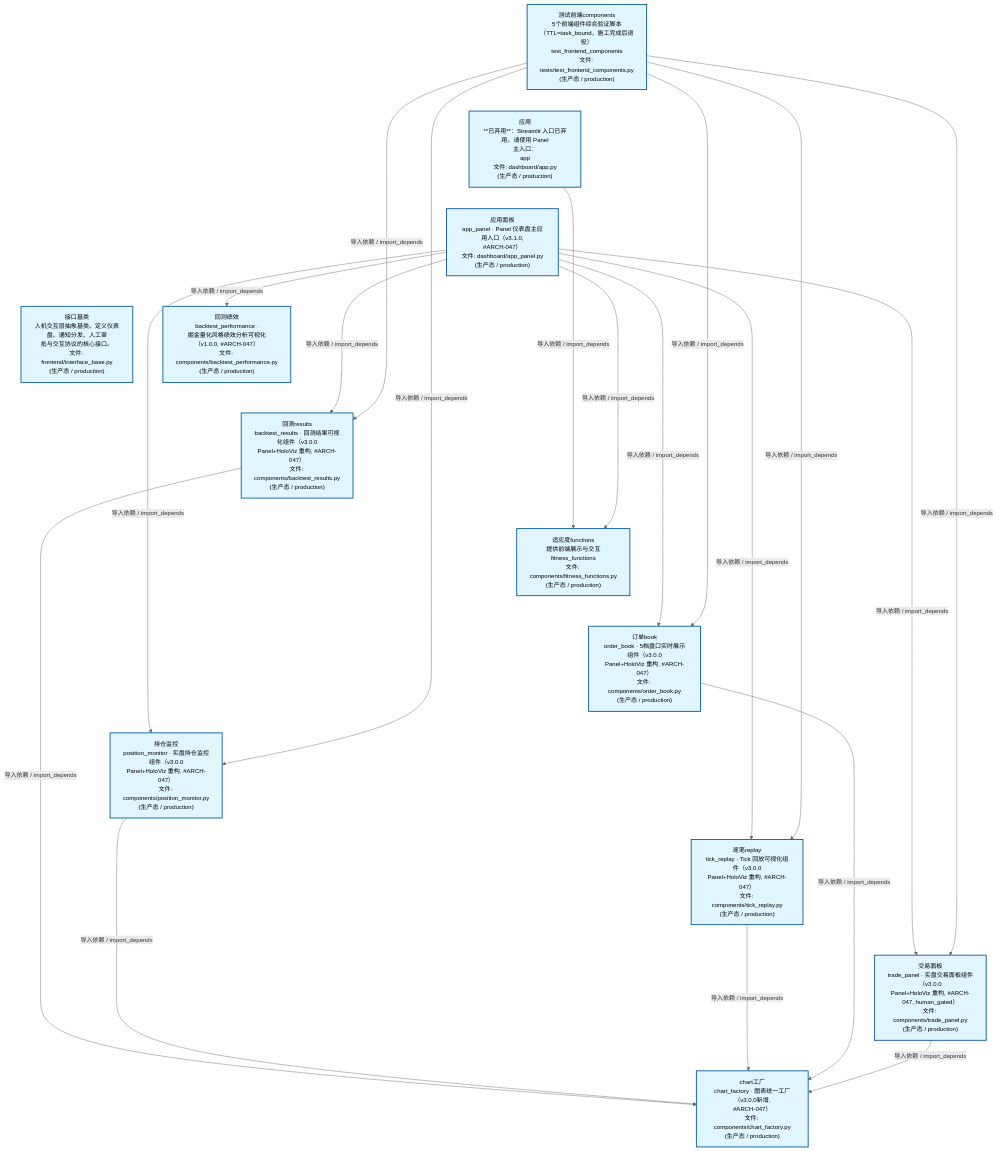
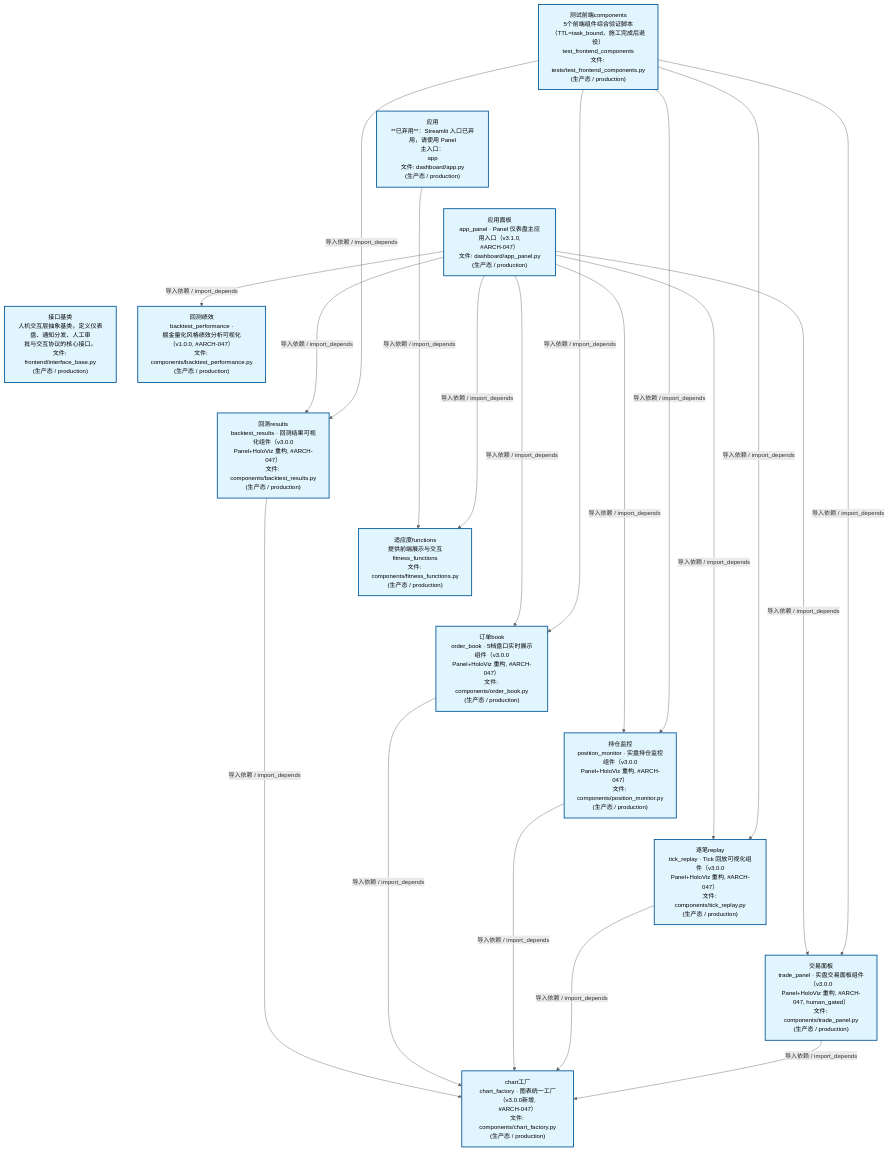
One commit to xuanFelixVan/ZephyrAlpha changed the second of 4 diagrams in docs/02_enterprise_architecture/02_domain_architecture_docs/47_d_frontend.md. Above: the diagram before and after it, drawn with Mermaid. The commit also changed other lines of this file and 186 other files, not shown here.

````diff
--- a/docs/02_enterprise_architecture/02_domain_architecture_docs/47_d_frontend.md
+++ b/docs/02_enterprise_architecture/02_domain_architecture_docs/47_d_frontend.md
@@ -124,48 +124,48 @@
 ```mermaid
 %%{init: {'theme': 'base', 'themeVariables': {'primaryColor': '#eaeaea', 'primaryTextColor': '#333333', 'primaryBorderColor': '#666666', 'lineColor': '#666666', 'secondaryColor': '#eaeaea', 'tertiaryColor': '#eaeaea', 'fontSize': '14px'}}}%%
 flowchart TD
     scripts_tests_test_frontend_components_py["测试前端components<br/>5个前端组件综合验证脚本<br/>（TTL=task_bound，施工完成后退役）<br/>test_frontend_components<br/>文件: tests/test_frontend_components.py<br/>(生产态 / production)"]
     src_zephyr_frontend_dashboard_app_py["应用<br/>**已弃用**：Streamlit 入口已弃用，请使用 Panel<br/>主入口：<br/>app<br/>文件: dashboard/app.py<br/>(生产态 / production)"]
     src_zephyr_frontend_dashboard_app_panel_py["应用面板<br/>app_panel · Panel 仪表盘主应用入口（v3.1.0,<br/>#ARCH-047）<br/>文件: dashboard/app_panel.py<br/>(生产态 / production)"]
     src_zephyr_frontend_interface_base_py["接口基类<br/>人机交互层抽象基类。定义仪表盘、通知分发、人工审<br/>批与交互协议的核心接口。<br/>文件: frontend/interface_base.py<br/>(生产态 / production)"]
     scripts_tests_test_frontend_components_py ~~~ src_zephyr_frontend_dashboard_app_py
     src_zephyr_frontend_dashboard_app_py ~~~ src_zephyr_frontend_dashboard_app_panel_py
     src_zephyr_frontend_dashboard_app_panel_py ~~~ src_zephyr_frontend_interface_base_py
     src_zephyr_frontend_dashboard_components_backtest_performance_py["回测绩效<br/>backtest_performance ·<br/>掘金量化风格绩效分析可视化（v1.0.0, #ARCH-047）<br/>文件: components/backtest_performance.py<br/>(生产态 / production)"]
     src_zephyr_frontend_dashboard_components_backtest_results_py["回测results<br/>backtest_results · 回测结果可视化组件（v3.0.0<br/>Panel+HoloViz 重构, #ARCH-047）<br/>文件: components/backtest_results.py<br/>(生产态 / production)"]
     src_zephyr_frontend_dashboard_components_fitness_functions_py["适应度functions<br/>提供前端展示与交互<br/>fitness_functions<br/>文件: components/fitness_functions.py<br/>(生产态 / production)"]
     src_zephyr_frontend_dashboard_components_order_book_py["订单book<br/>order_book · 5档盘口实时展示组件（v3.0.0<br/>Panel+HoloViz 重构, #ARCH-047）<br/>文件: components/order_book.py<br/>(生产态 / production)"]
     src_zephyr_frontend_dashboard_components_position_monitor_py["持仓监控<br/>position_monitor · 实盘持仓监控组件（v3.0.0<br/>Panel+HoloViz 重构, #ARCH-047）<br/>文件: components/position_monitor.py<br/>(生产态 / production)"]
     src_zephyr_frontend_dashboard_components_tick_replay_py["逐笔replay<br/>tick_replay · Tick 回放可视化组件（v3.0.0<br/>Panel+HoloViz 重构, #ARCH-047）<br/>文件: components/tick_replay.py<br/>(生产态 / production)"]
     src_zephyr_frontend_dashboard_components_trade_panel_py["交易面板<br/>trade_panel · 实盘交易面板组件（v3.0.0<br/>Panel+HoloViz 重构, #ARCH-047, human_gated）<br/>文件: components/trade_panel.py<br/>(生产态 / production)"]
     src_zephyr_frontend_dashboard_components_backtest_performance_py ~~~ src_zephyr_frontend_dashboard_components_backtest_results_py
     src_zephyr_frontend_dashboard_components_backtest_results_py ~~~ src_zephyr_frontend_dashboard_components_fitness_functions_py
     src_zephyr_frontend_dashboard_components_fitness_functions_py ~~~ src_zephyr_frontend_dashboard_components_order_book_py
     src_zephyr_frontend_dashboard_components_order_book_py ~~~ src_zephyr_frontend_dashboard_components_position_monitor_py
     src_zephyr_frontend_dashboard_components_position_monitor_py ~~~ src_zephyr_frontend_dashboard_components_tick_replay_py
     src_zephyr_frontend_dashboard_components_tick_replay_py ~~~ src_zephyr_frontend_dashboard_components_trade_panel_py
     src_zephyr_frontend_dashboard_components_chart_factory_py["chart工厂<br/>chart_factory · 图表统一工厂（v3.0.0新增,<br/>#ARCH-047）<br/>文件: components/chart_factory.py<br/>(生产态 / production)"]
     src_zephyr_frontend_dashboard_app_py -->|导入依赖 / import_depends| src_zephyr_frontend_dashboard_components_fitness_functions_py
     src_zephyr_frontend_dashboard_app_panel_py -->|导入依赖 / import_depends| src_zephyr_frontend_dashboard_components_backtest_performance_py
     src_zephyr_frontend_dashboard_app_panel_py -->|导入依赖 / import_depends| src_zephyr_frontend_dashboard_components_fitness_functions_py
     src_zephyr_frontend_dashboard_app_panel_py -->|导入依赖 / import_depends| src_zephyr_frontend_dashboard_components_backtest_results_py
+    src_zephyr_frontend_dashboard_app_panel_py -->|导入依赖 / import_depends| src_zephyr_frontend_dashboard_components_order_book_py
     src_zephyr_frontend_dashboard_app_panel_py -->|导入依赖 / import_depends| src_zephyr_frontend_dashboard_components_position_monitor_py
     src_zephyr_frontend_dashboard_app_panel_py -->|导入依赖 / import_depends| src_zephyr_frontend_dashboard_components_tick_replay_py
-    src_zephyr_frontend_dashboard_app_panel_py -->|导入依赖 / import_depends| src_zephyr_frontend_dashboard_components_order_book_py
     src_zephyr_frontend_dashboard_app_panel_py -->|导入依赖 / import_depends| src_zephyr_frontend_dashboard_components_trade_panel_py
     src_zephyr_frontend_dashboard_components_backtest_results_py -->|导入依赖 / import_depends| src_zephyr_frontend_dashboard_components_chart_factory_py
+    src_zephyr_frontend_dashboard_components_order_book_py -->|导入依赖 / import_depends| src_zephyr_frontend_dashboard_components_chart_factory_py
     src_zephyr_frontend_dashboard_components_position_monitor_py -->|导入依赖 / import_depends| src_zephyr_frontend_dashboard_components_chart_factory_py
     src_zephyr_frontend_dashboard_components_tick_replay_py -->|导入依赖 / import_depends| src_zephyr_frontend_dashboard_components_chart_factory_py
-    src_zephyr_frontend_dashboard_components_order_book_py -->|导入依赖 / import_depends| src_zephyr_frontend_dashboard_components_chart_factory_py
     src_zephyr_frontend_dashboard_components_trade_panel_py -->|导入依赖 / import_depends| src_zephyr_frontend_dashboard_components_chart_factory_py
     scripts_tests_test_frontend_components_py -->|导入依赖 / import_depends| src_zephyr_frontend_dashboard_components_backtest_results_py
+    scripts_tests_test_frontend_components_py -->|导入依赖 / import_depends| src_zephyr_frontend_dashboard_components_order_book_py
     scripts_tests_test_frontend_components_py -->|导入依赖 / import_depends| src_zephyr_frontend_dashboard_components_position_monitor_py
     scripts_tests_test_frontend_components_py -->|导入依赖 / import_depends| src_zephyr_frontend_dashboard_components_tick_replay_py
-    scripts_tests_test_frontend_components_py -->|导入依赖 / import_depends| src_zephyr_frontend_dashboard_components_order_book_py
     scripts_tests_test_frontend_components_py -->|导入依赖 / import_depends| src_zephyr_frontend_dashboard_components_trade_panel_py
     classDef production fill:#e1f5fe,stroke:#01579b,stroke-width:2px,color:#000
     classDef design fill:#fff3e0,stroke:#e65100,stroke-width:2px,color:#000,stroke-dasharray: 5 5
     classDef external_prod fill:#e8f4fd,stroke:#0277bd,stroke-width:1px,color:#000
     classDef external_design fill:#fff8e7,stroke:#ef6c00,stroke-width:1px,color:#000,stroke-dasharray: 5 5
     class scripts_tests_test_frontend_components_py,src_zephyr_frontend_dashboard_app_py,src_zephyr_frontend_dashboard_app_panel_py,src_zephyr_frontend_dashboard_components_backtest_performance_py,src_zephyr_frontend_dashboard_components_backtest_results_py,src_zephyr_frontend_dashboard_components_chart_factory_py,src_zephyr_frontend_dashboard_components_fitness_functions_py,src_zephyr_frontend_dashboard_components_order_book_py,src_zephyr_frontend_dashboard_components_position_monitor_py,src_zephyr_frontend_dashboard_components_tick_replay_py,src_zephyr_frontend_dashboard_components_trade_panel_py,src_zephyr_frontend_interface_base_py production
 ```
````
